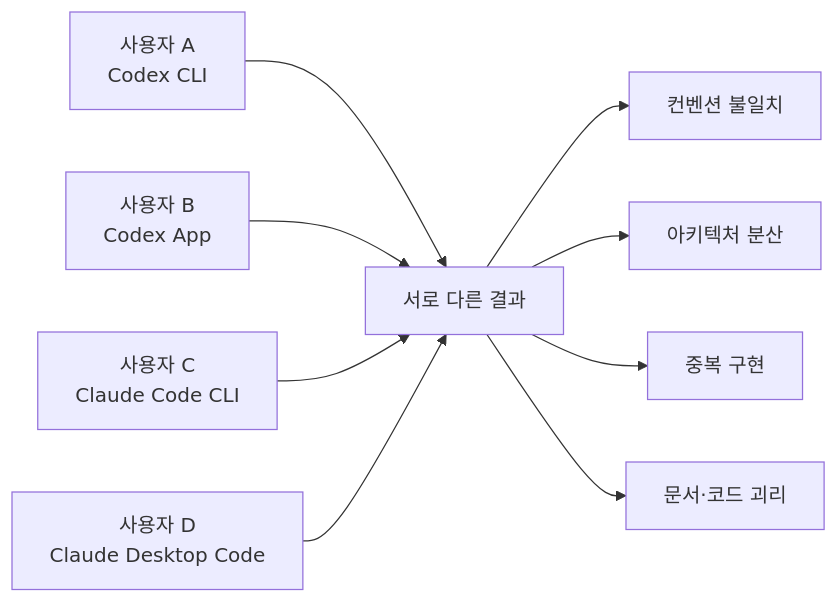
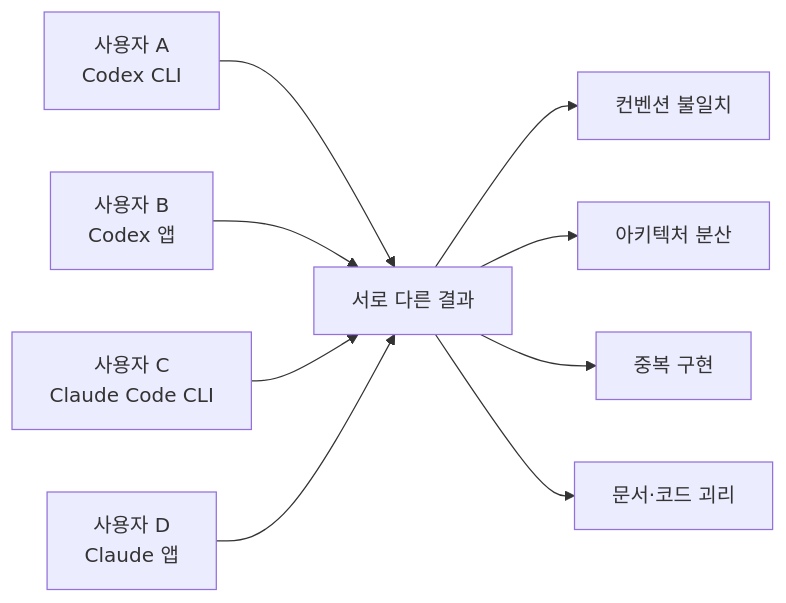
One commit to hb9397/ai-agent-harness-docs changed the first of 5 diagrams in .user-docs/Harness_Engineering_Intro.md. Above: the diagram before and after it, drawn with Mermaid. The commit also changed other lines of this file and 45 other files, not shown here.

````diff
--- a/.user-docs/Harness_Engineering_Intro.md
+++ b/.user-docs/Harness_Engineering_Intro.md
@@ -43,11 +43,11 @@
 ```mermaid
 flowchart LR
     A["사용자 A<br/>Codex CLI"] --> X["서로 다른 결과"]
-    B["사용자 B<br/>Codex App"] --> X
+    B["사용자 B<br/>Codex 앱"] --> X
     C["사용자 C<br/>Claude Code CLI"] --> X
-    D["사용자 D<br/>Claude Desktop Code"] --> X
+    D["사용자 D<br/>Claude 앱"] --> X
     X --> E["컨벤션 불일치"]
     X --> F["아키텍처 분산"]
     X --> G["중복 구현"]
     X --> H["문서·코드 괴리"]
 ```
````
